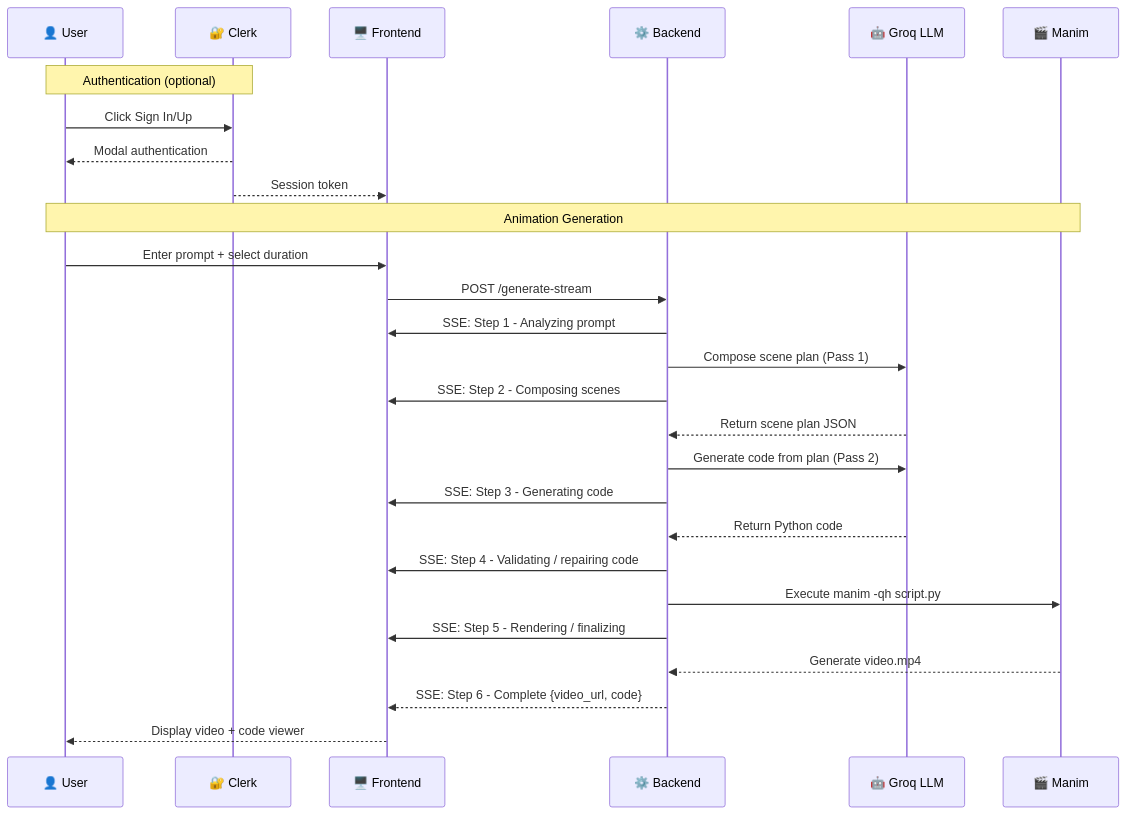
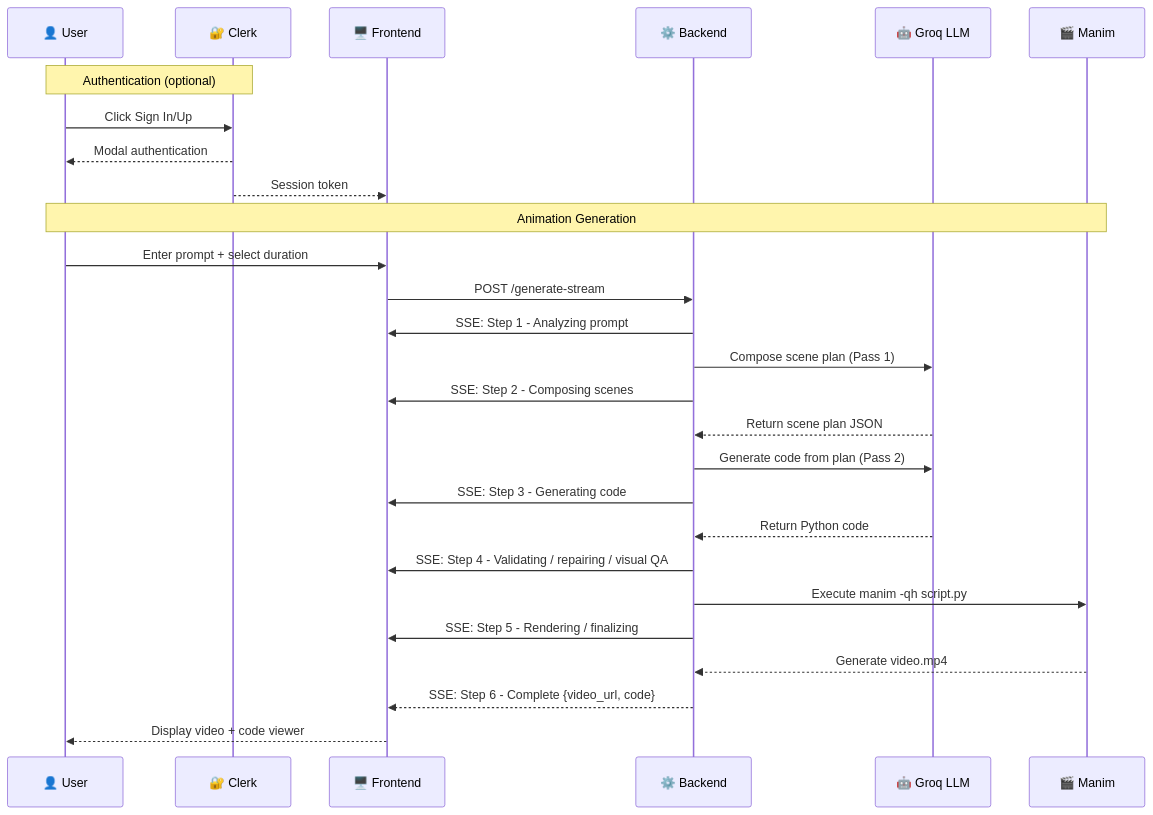
Before and after one commit to Aafimalek/prompt_to_animate: the second of 4 diagrams in README.md, drawn with Mermaid. The commit also changed other lines of this file and 14 other files, not shown here.

````diff
--- a/README.md
+++ b/README.md
@@ -145,34 +145,34 @@
 ```mermaid
 sequenceDiagram
     participant U as 👤 User
     participant C as 🔐 Clerk
     participant F as 🖥️ Frontend
     participant B as ⚙️ Backend
     participant G as 🤖 Groq LLM
     participant M as 🎬 Manim
 
     Note over U,C: Authentication (optional)
     U->>C: Click Sign In/Up
     C-->>U: Modal authentication
     C-->>F: Session token
 
     Note over U,M: Animation Generation
     U->>F: Enter prompt + select duration
     F->>B: POST /generate-stream
     
     B->>F: SSE: Step 1 - Analyzing prompt
     B->>G: Compose scene plan (Pass 1)
     B->>F: SSE: Step 2 - Composing scenes
     G-->>B: Return scene plan JSON
     B->>G: Generate code from plan (Pass 2)
     B->>F: SSE: Step 3 - Generating code
     G-->>B: Return Python code
-    B->>F: SSE: Step 4 - Validating / repairing code
+    B->>F: SSE: Step 4 - Validating / repairing / visual QA
     
     B->>M: Execute manim -qh script.py
     B->>F: SSE: Step 5 - Rendering / finalizing
     M-->>B: Generate video.mp4
     
     B-->>F: SSE: Step 6 - Complete {video_url, code}
     F-->>U: Display video + code viewer
 ```
````
